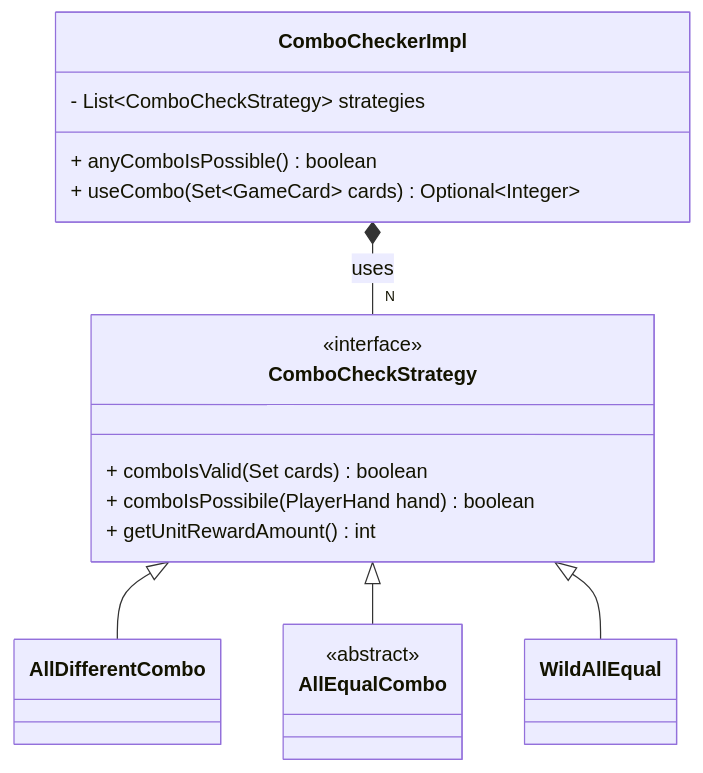
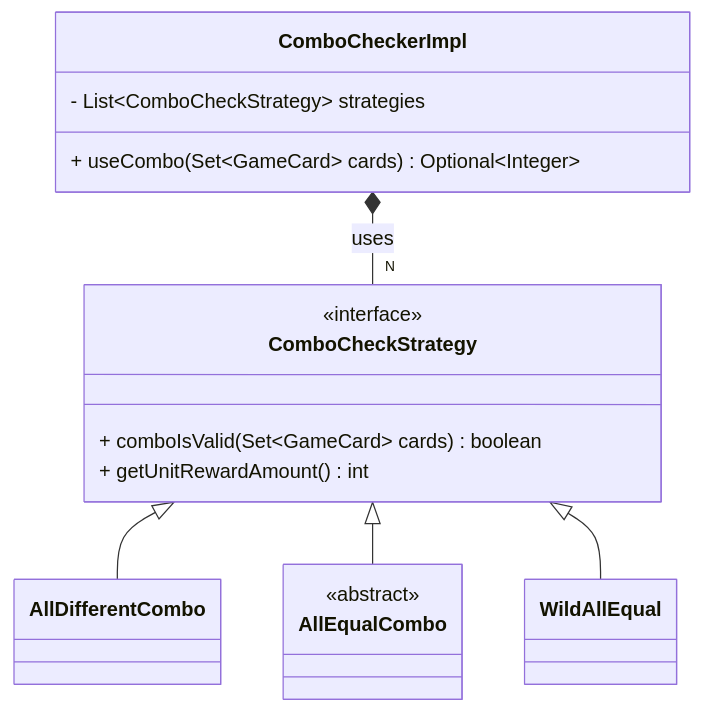
One commit to CarusoMatteo/RisikOOP changed the first of 2 diagrams in report/md/detailed-design-uml-caruso.md. Above: the diagram before and after it, drawn with Mermaid. The commit also changed other lines of this file and 4 other files, not shown here.

````diff
--- a/report/md/detailed-design-uml-caruso.md
+++ b/report/md/detailed-design-uml-caruso.md
@@ -3,25 +3,23 @@
 ```mermaid
 classDiagram
 direction TB
 	class ComboCheckerImpl {
 		- List~ComboCheckStrategy~ strategies
-		+ anyComboIsPossible() boolean
         + useCombo(Set~GameCard~ cards) Optional~Integer~
 	}
     class ComboCheckStrategy { <<interface>>
-        + comboIsValid(Set cards) boolean
-        + comboIsPossibile(PlayerHand hand) boolean
+        + comboIsValid(Set~GameCard~ cards) boolean
         + getUnitRewardAmount() int
     }
     class AllDifferentCombo {
     }
     class AllEqualCombo { <<abstract>> 
     }
     class WildAllEqual {
     }
 
     ComboCheckerImpl *-- "N" ComboCheckStrategy : uses
     ComboCheckStrategy <|-- AllDifferentCombo
     ComboCheckStrategy <|-- AllEqualCombo
     ComboCheckStrategy <|-- WildAllEqual
 ```
````
